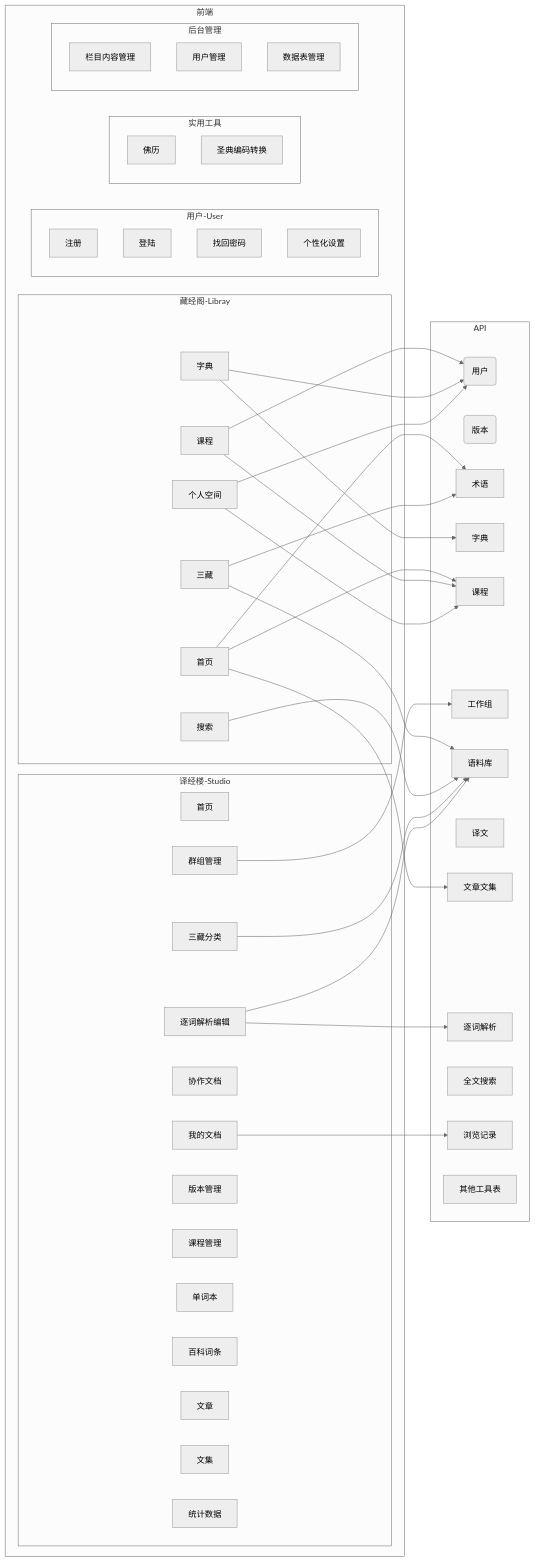
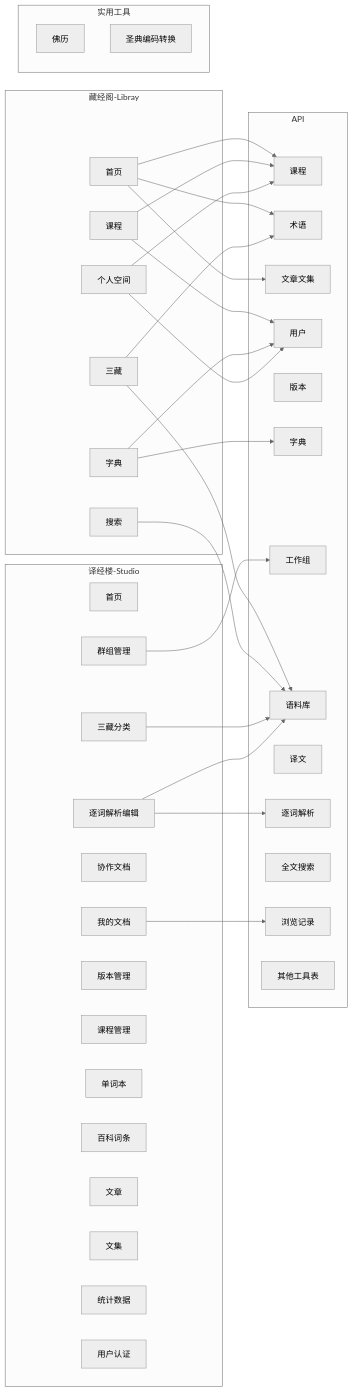
Before and after one commit to iapt-platform/mint: the second of 2 diagrams in public/documents/dashboard/README.md, drawn with Mermaid (neutral theme).

Commit message:
:fire: 后台管理

````diff
--- a/public/documents/dashboard/README.md
+++ b/public/documents/dashboard/README.md
@@ -92,7 +92,8 @@
 ```mermaid
 graph LR
-
-subgraph 前端
+home --> api_course
+home --> api_term
+home --> api_article
 	subgraph 藏经阁-Libray
     	home[首页]
 		palicanon[三藏]
@@ -101,6 +102,23 @@
 		search[搜索]
 		myzone[个人空间]
 	end
+
+	subgraph API
+	api_user[用户]
+	api_channel[版本]
+	api_term[术语]
+	api_dict[字典]
+	api_course[课程]
+	api_group[工作组]
+	api_palicanon[语料库]
+	api_translation[译文]
+	api_article[文章文集]
+	api_wbw[逐词解析]
+	api_search[全文搜索]
+	api_history[浏览记录]
+	api_others[其他工具表]
+end
+
 	subgraph 译经楼-Studio
 		stu_home[首页]
 		stu_pali[三藏分类]
@@ -115,43 +133,14 @@
 		stu_article[文章]
 		stu_collection[文集]
 		统计数据
+		用户认证
 	end
-	subgraph 用户-User
-		sign_up[注册]
-		sign_in[登陆]
-		找回密码
-		个性化设置
-	end
+
 	subgraph 实用工具
 		佛历
 		圣典编码转换
 	end
-	subgraph 后台管理
-		栏目内容管理
-		用户管理
-		数据表管理
-	end
-end
 
-subgraph API
-	api_user(用户)
-	api_channel(版本)
-	api_term[术语]
-	api_dict[字典]
-	api_course[课程]
-	api_group[工作组]
-	api_palicanon[语料库]
-	api_translation[译文]
-	api_article[文章文集]
-	api_wbw[逐词解析]
-	api_search[全文搜索]
-	api_history[浏览记录]
-	api_others[其他工具表]
-end
-
-home --> api_course
-home --> api_term
-home --> api_article
 
 palicanon --> api_palicanon
 palicanon --> api_term
````
